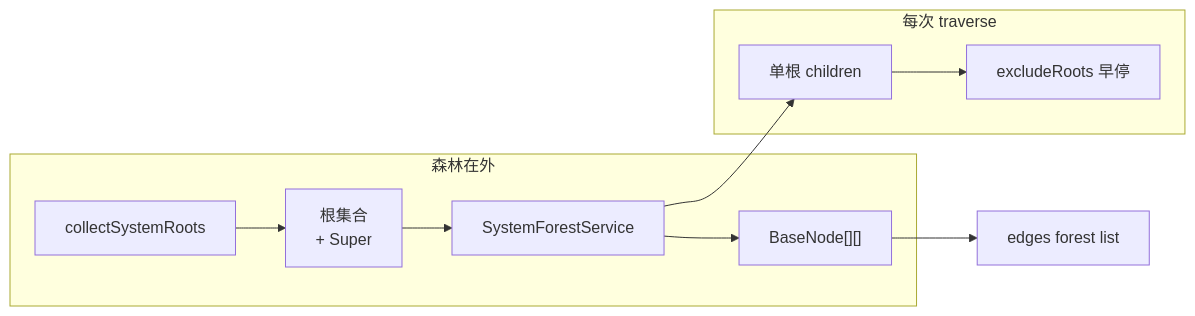
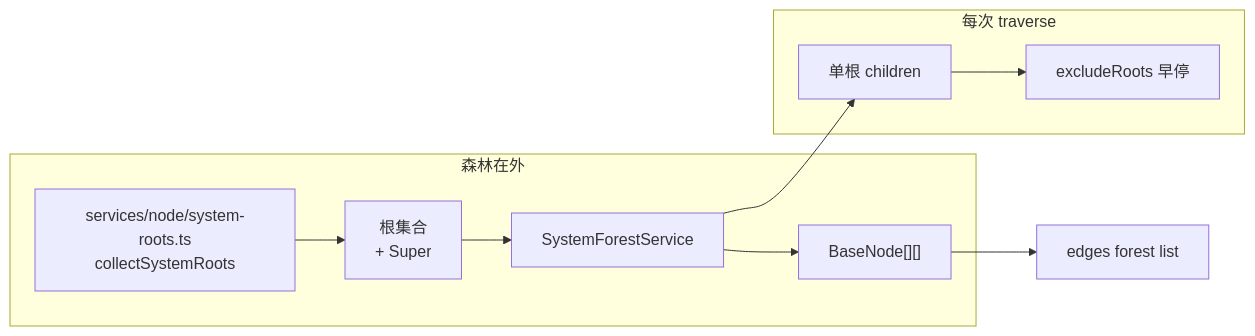
Before and after one commit to VirusPC/edges: the second of 2 diagrams in extensions/cli/src/domain/operations/README.md, drawn with Mermaid. The commit also changed other lines of this file and 9 other files, not shown here.

````diff
--- a/extensions/cli/src/domain/operations/README.md
+++ b/extensions/cli/src/domain/operations/README.md
@@ -114,13 +114,13 @@
 ```mermaid
 flowchart LR
   subgraph outside["森林在外"]
-    SCAN["collectSystemRoots"] --> ROOTS["根集合<br/>+ Super"]
+    SCAN["services/node/system-roots.ts<br/>collectSystemRoots"] --> ROOTS["根集合<br/>+ Super"]
     ROOTS --> SFS["SystemForestService"]
     SFS --> ARR["BaseNode[][]"]
   end
   subgraph inside["每次 traverse"]
     T["单根 children"] --> STOP["excludeRoots 早停"]
   end
   SFS --> T
   ARR --> CLI["edges forest list"]
 ```
````
